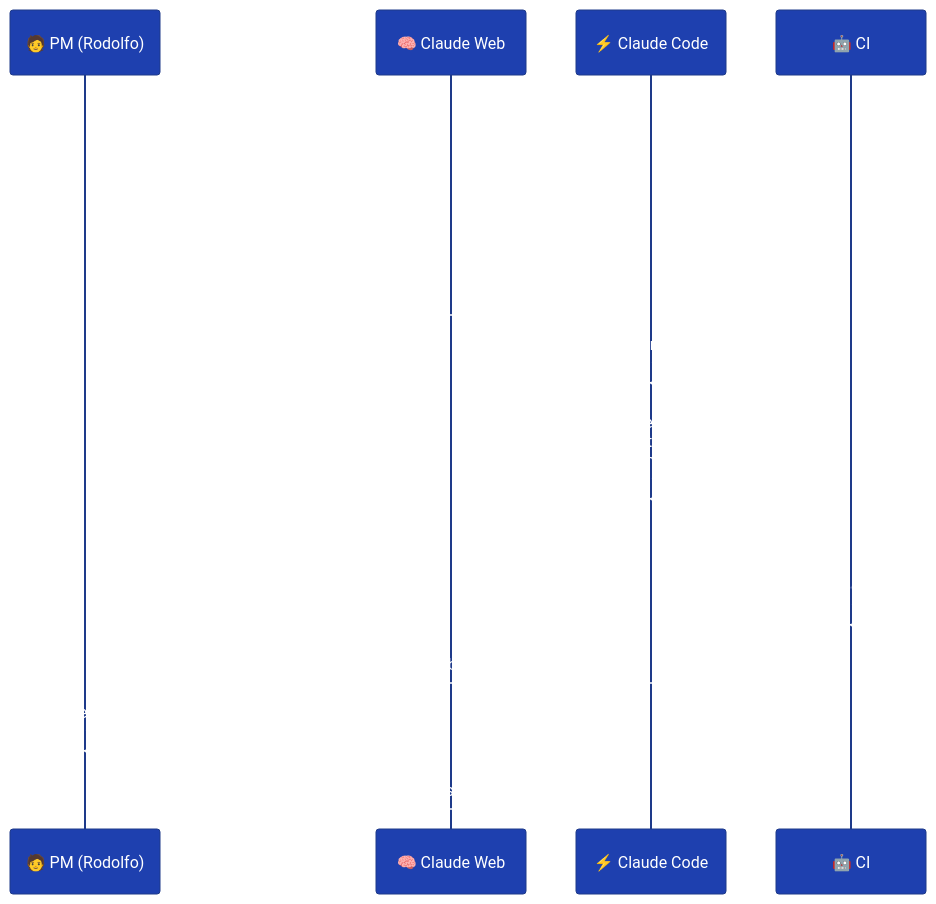
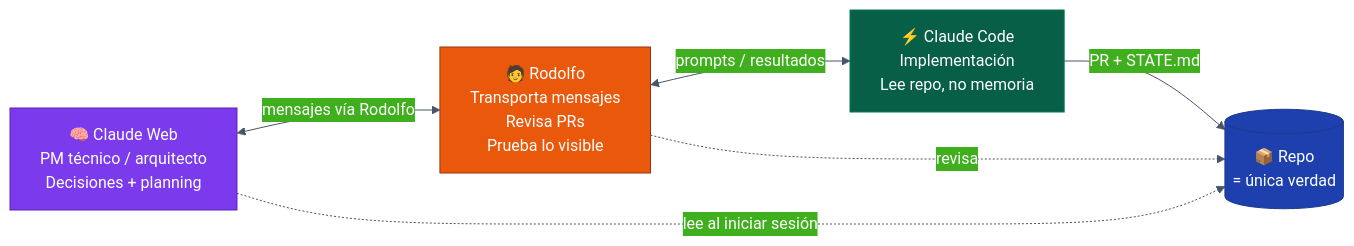
One commit to Trazalog/traz-tools changed the ninth of 16 diagrams in doc/v3/TRAZALOG_v3_CICD_STRATEGY.md. Above: the diagram before and after it, drawn with Mermaid. The commit also changed other lines of this file and 3 other files, not shown here.

````diff
--- a/doc/v3/TRAZALOG_v3_CICD_STRATEGY.md
+++ b/doc/v3/TRAZALOG_v3_CICD_STRATEGY.md
@@ -519,27 +548,24 @@
 ```mermaid
 %%{init: {'theme':'base', 'themeVariables': {
   'primaryColor':'#1e40af',
   'primaryTextColor':'#ffffff',
   'primaryBorderColor':'#1e3a8a',
   'lineColor':'#475569',
   'background':'#ffffff'
 }}}%%
-sequenceDiagram
-    participant Vos as 🧑 PM (Rodolfo)
-    participant CW as 🧠 Claude Web
-    participant CC as ⚡ Claude Code
-    participant CI as 🤖 CI
+flowchart LR
+    CW["🧠 Claude Web<br/>PM técnico / arquitecto<br/>Decisiones + planning"]
+    R["🧑 Rodolfo<br/>Transporta mensajes<br/>Revisa PRs<br/>Prueba lo visible"]
+    CC["⚡ Claude Code<br/>Implementación<br/>Lee repo, no memoria"]
 
-    Vos->>CW: Refinamos story
-    CW->>Vos: Propone criterios de aceptación (Gherkin)
-    Vos->>CW: Apruebo/ajusto AC
-    CW->>Vos: Story lista en GitHub Issues
-    Vos->>CC: "Tomá issue #TRZ-123"
-    CC->>CC: Lee AC en Gherkin
-    CC->>CC: Genera tests Behat<br/>+ unit tests<br/>+ implementación
-    CC->>CI: Push branch + PR
-    CI->>CI: Ejecuta toda la suite
-    CI->>Vos: Reporte de cobertura + resultados
-    Vos->>Vos: Review PR
-    Vos->>CC: Apruebo o pido cambios
+    CW <-->|mensajes vía Rodolfo| R
+    R <-->|prompts / resultados| CC
+    CC -->|PR + STATE.md| REPO[("📦 Repo<br/>= única verdad")]
+    CW -.->|lee al iniciar sesión| REPO
+    R -.->|revisa| REPO
+
+    style CW fill:#7c3aed,stroke:#5b21b6,color:#ffffff
+    style R fill:#ea580c,stroke:#9a3412,color:#ffffff
+    style CC fill:#065f46,stroke:#047857,color:#ffffff
+    style REPO fill:#1e40af,stroke:#1e3a8a,color:#ffffff
 ```
````
